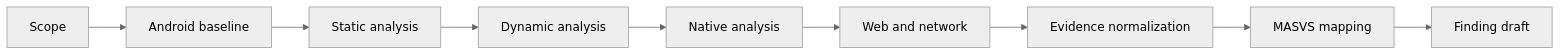
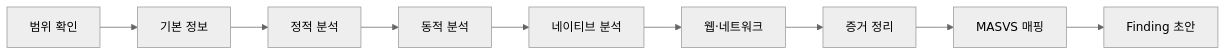
Before and after one commit to koalav/present-anyything: the diagram in decks/mobile-audit-mcp-windows/pages/11_orchestrator_flow.md, drawn with Mermaid (neutral theme). The commit also changed 1653 other files, not shown here.

````diff
--- a/decks/mobile-audit-mcp-windows/pages/11_orchestrator_flow.md
+++ b/decks/mobile-audit-mcp-windows/pages/11_orchestrator_flow.md
@@ -13,11 +13,11 @@
 ```mermaid
 flowchart LR
-    A[Scope] --> B[Android baseline]
-    B --> C[Static analysis]
-    C --> D[Dynamic analysis]
-    D --> E[Native analysis]
-    E --> F[Web and network]
-    F --> G[Evidence normalization]
-    G --> H[MASVS mapping]
-    H --> I[Finding draft]
+    A[범위 확인] --> B[기본 정보]
+    B --> C[정적 분석]
+    C --> D[동적 분석]
+    D --> E[네이티브 분석]
+    E --> F[웹·네트워크]
+    F --> G[증거 정리]
+    G --> H[MASVS 매핑]
+    H --> I[Finding 초안]
 ```
````
